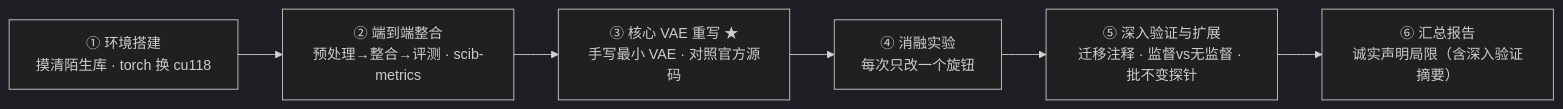
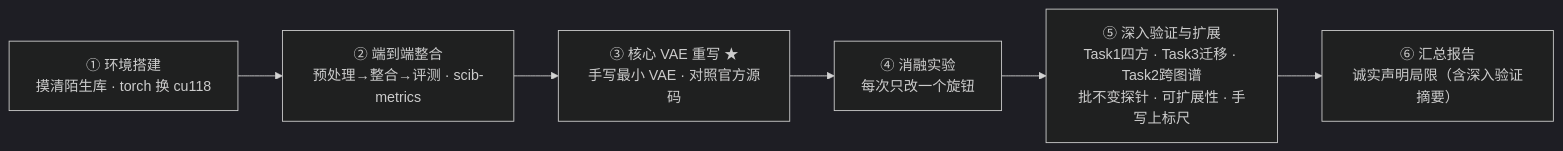
Before and after one commit to HEIMA-programmer/bio: the third of 4 diagrams in reports/00_overview_and_learning_map.md, drawn with Mermaid (dark theme). The commit also changed other lines of this file and 39 other files, not shown here.

First line of the commit message:
全量复现 + 深度核查: 数据升全量、PCR/迁移/跨图谱修正、文档校准

````diff
--- a/reports/00_overview_and_learning_map.md
+++ b/reports/00_overview_and_learning_map.md
@@ -134,8 +134,8 @@
 ```mermaid
 flowchart LR
     S1["① 环境搭建<br/>摸清陌生库 · torch 换 cu118"] --> S2["② 端到端整合<br/>预处理→整合→评测 · scib-metrics"]
     S2 --> S3["③ 核心 VAE 重写 ★<br/>手写最小 VAE · 对照官方源码"]
     S3 --> S4["④ 消融实验<br/>每次只改一个旋钮"]
-    S4 --> S5["⑤ 深入验证与扩展<br/>迁移注释 · 监督vs无监督 · 批不变探针"]
+    S4 --> S5["⑤ 深入验证与扩展<br/>Task1四方 · Task3迁移 · Task2跨图谱<br/>批不变探针 · 可扩展性 · 手写上标尺"]
     S5 --> S6["⑥ 汇总报告<br/>诚实声明局限（含深入验证摘要）"]
 ```
````
